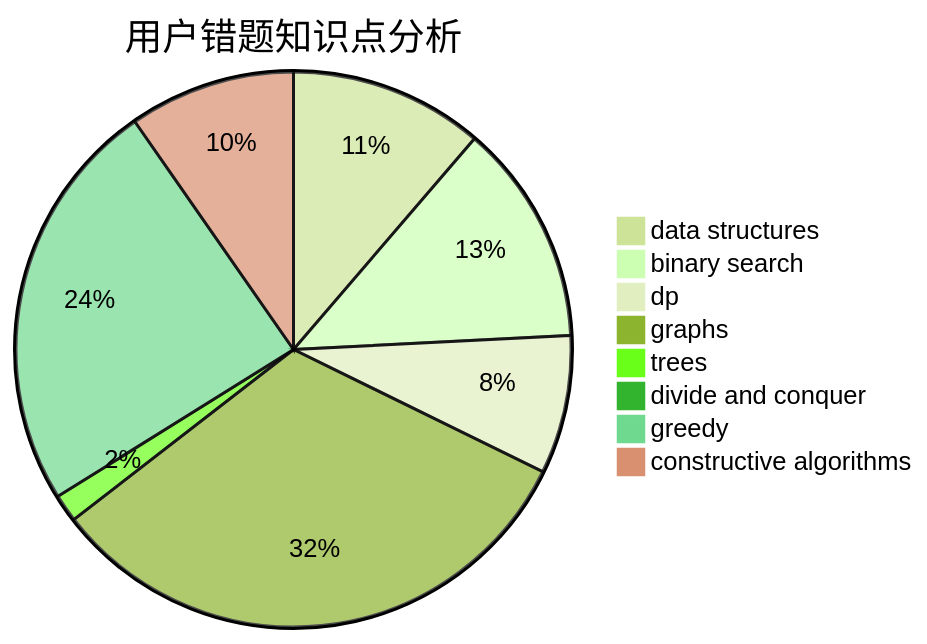
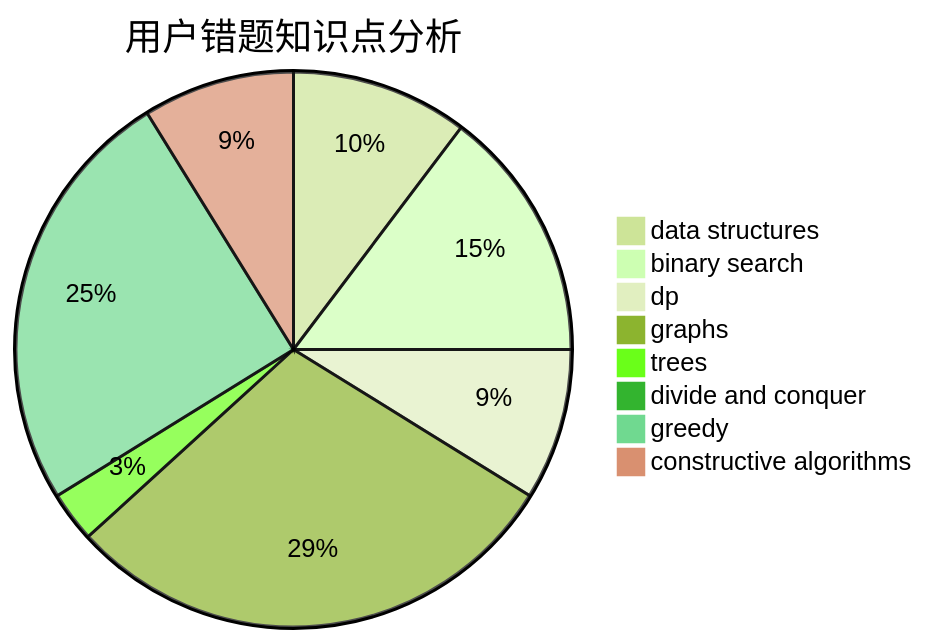
One commit to sherpahu/cfrs.github.io changed the third of 3 diagrams in docs/user/u317.md. Above: the diagram before and after it, drawn with Mermaid (forest theme). The commit also changed other lines of this file and 2770 other files, not shown here.

````diff
--- a/docs/user/u317.md
+++ b/docs/user/u317.md
@@ -36,11 +36,11 @@
 ```mermaid
 pie title 用户错题知识点分析
     "data structures" :  7
-    "binary search" :  8
-    "dp" :  5
+    "binary search" :  10
+    "dp" :  6
     "graphs" :  20
-    "trees" :  1
+    "trees" :  2
     "divide and conquer" :  0
-    "greedy" :  15
+    "greedy" :  17
     "constructive algorithms" :  6
 ```
````
